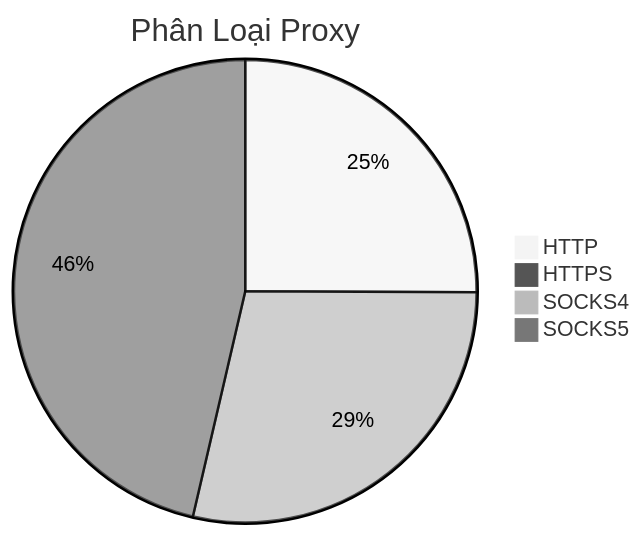
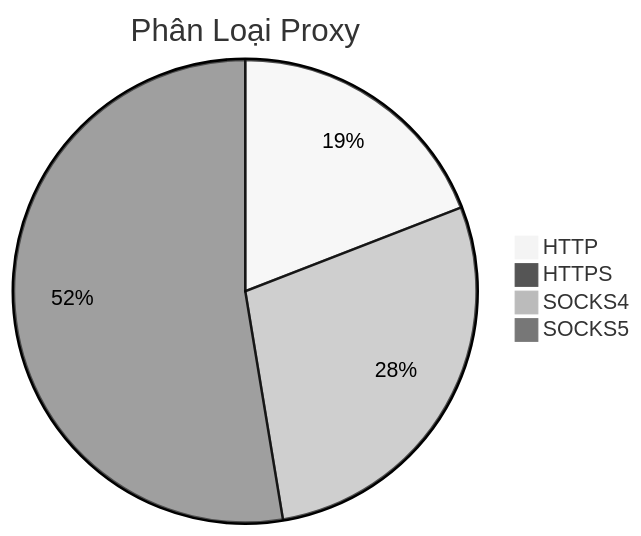
Before and after one commit to Ciara-Aa/PROXY-free: the diagram in README.md, drawn with Mermaid (neutral theme). The commit also changed other lines of this file and 4 other files, not shown here.

````diff
--- a/README.md
+++ b/README.md
@@ -26,7 +26,7 @@
 ```mermaid
 pie title Phân Loại Proxy
-    "HTTP" : 193
-    "HTTPS" : 1
-    "SOCKS4" : 220
-    "SOCKS5" : 357
+    "HTTP" : 154
+    "HTTPS" : 2
+    "SOCKS4" : 228
+    "SOCKS5" : 424
 ```
````
